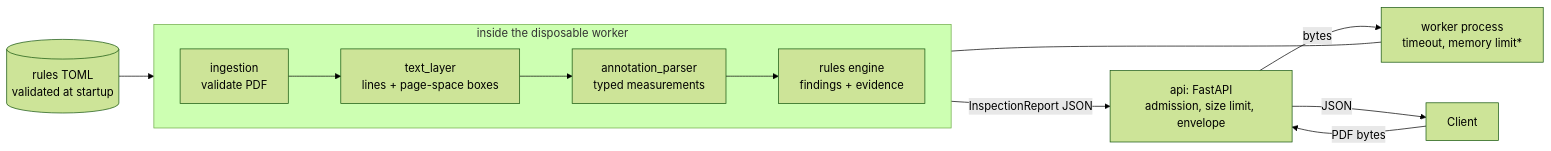
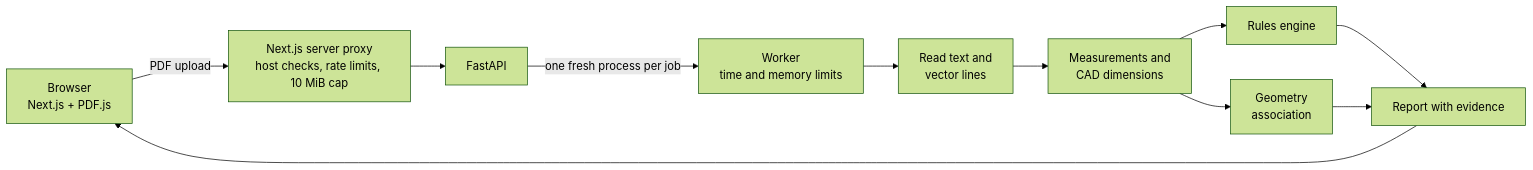
Before and after one commit to SHJony121/BlueprintIQ: the diagram in README.md, drawn with Mermaid (forest theme). The commit also changed other lines of this file, not shown here.

Commit message:
Rewrite the README as a project page: screenshots inline, samples, how it works, stack, limits

````diff
--- a/README.md
+++ b/README.md
@@ -201,15 +78,13 @@
 ```mermaid
 flowchart LR
-    C[Client] -->|PDF bytes| API[api: FastAPI<br/>admission, size limit, envelope]
-    API -->|bytes| W[worker process<br/>timeout, memory limit*]
-    subgraph W2[inside the disposable worker]
-        direction LR
-        L[ingestion<br/>validate PDF] --> T[text_layer<br/>lines + page-space boxes]
-        T --> P[annotation_parser<br/>typed measurements]
-        P --> R[rules engine<br/>findings + evidence]
-    end
-    W --- W2
-    R -->|InspectionReport JSON| API
-    CFG[(rules TOML<br/>validated at startup)] --> R
-    API -->|JSON| C
+    U[Browser<br/>Next.js + PDF.js] -->|PDF upload| P[Next.js server proxy<br/>host checks, rate limits, 10 MiB cap]
+    P --> A[FastAPI]
+    A -->|one fresh process per job| W[Worker<br/>time and memory limits]
+    W --> T[Read text and<br/>vector lines]
+    T --> M[Measurements and<br/>CAD dimensions]
+    M --> R[Rules engine]
+    M --> G[Geometry<br/>association]
+    R --> J[Report with evidence]
+    G --> J
+    J --> U
 ```
````
